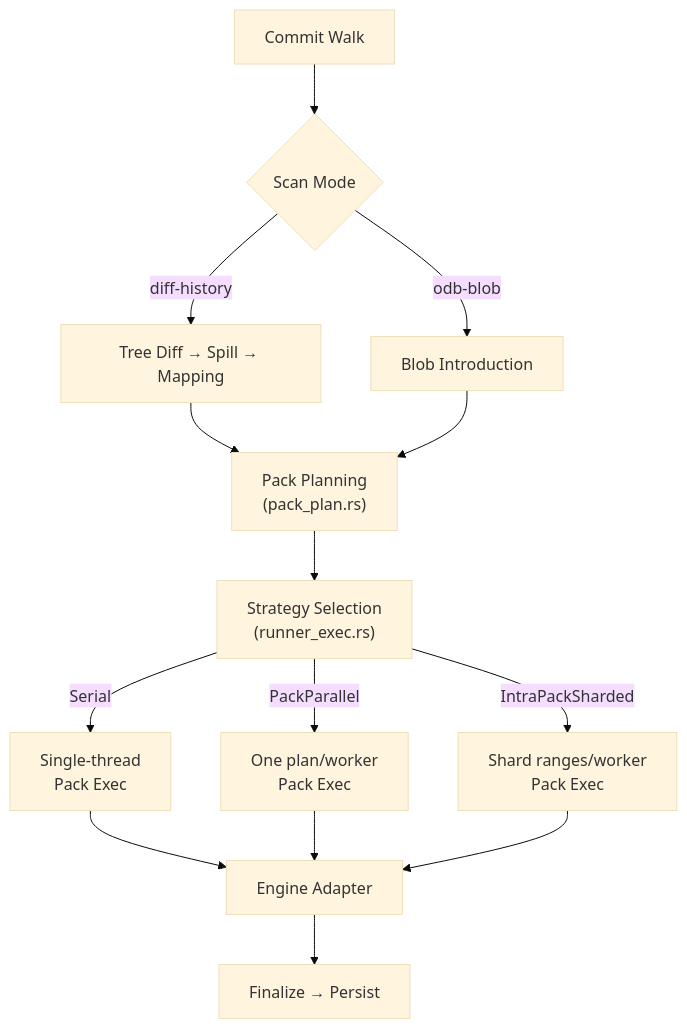
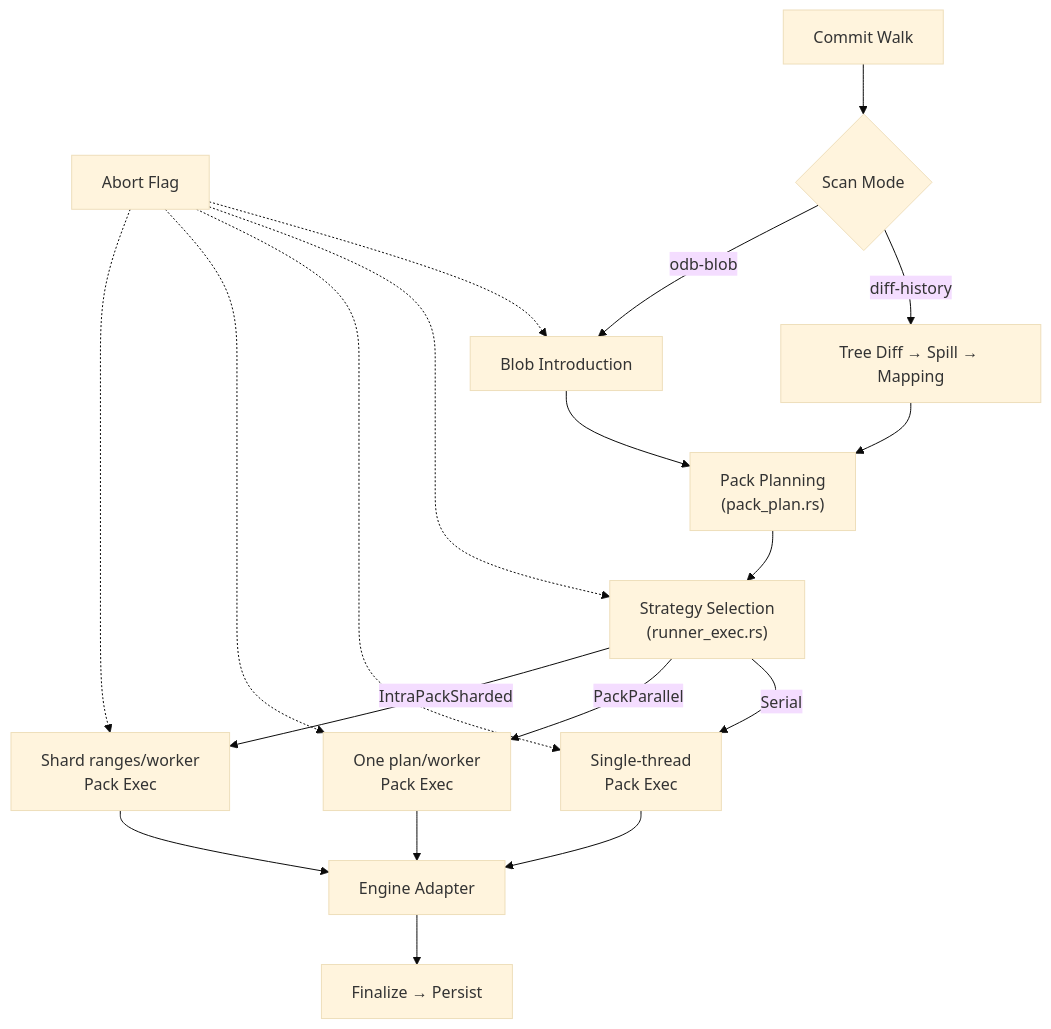
One commit to ahrav/Gossip-rs changed the first of 3 diagrams in docs/scanner-git/git-pack-execution.md. Above: the diagram before and after it, drawn with Mermaid (base theme). The commit also changed other lines of this file and 22 other files, not shown here.

````diff
--- a/docs/scanner-git/git-pack-execution.md
+++ b/docs/scanner-git/git-pack-execution.md
@@ -39,16 +39,21 @@
 ```mermaid
 flowchart TD
+    Cancel["Abort Flag"] -.-> BI
+    Cancel -.-> SE
+    Cancel -.-> PX1
+    Cancel -.-> PX2
+    Cancel -.-> PX3
     CW["Commit Walk"] --> Mode{"Scan Mode"}
     Mode -->|"diff-history"| TD["Tree Diff → Spill → Mapping"]
     Mode -->|"odb-blob"| BI["Blob Introduction"]
     TD --> PP["Pack Planning<br/>(pack_plan.rs)"]
     BI --> PP
     PP --> SE["Strategy Selection<br/>(runner_exec.rs)"]
     SE -->|"Serial"| PX1["Single-thread<br/>Pack Exec"]
     SE -->|"PackParallel"| PX2["One plan/worker<br/>Pack Exec"]
     SE -->|"IntraPackSharded"| PX3["Shard ranges/worker<br/>Pack Exec"]
     PX1 --> EA["Engine Adapter"]
     PX2 --> EA
     PX3 --> EA
     EA --> FIN["Finalize → Persist"]
 ```
````
